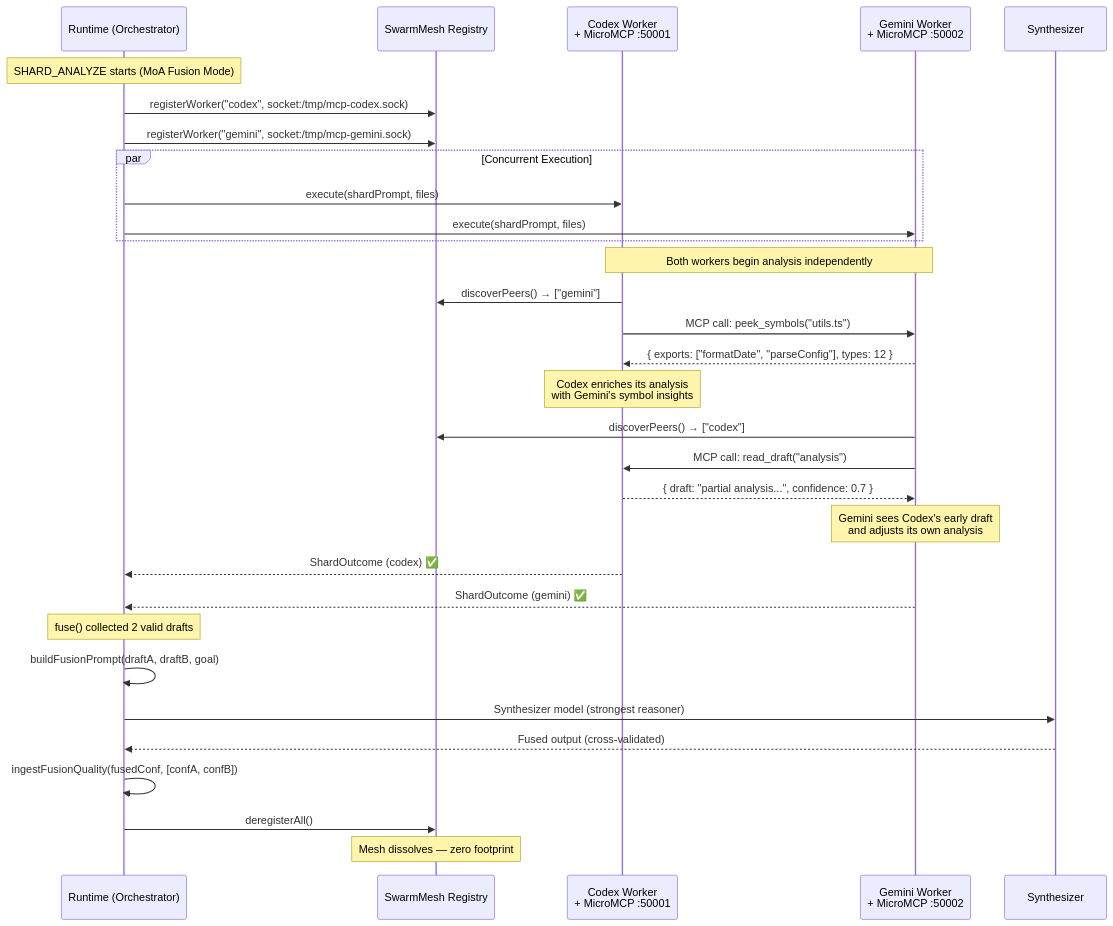
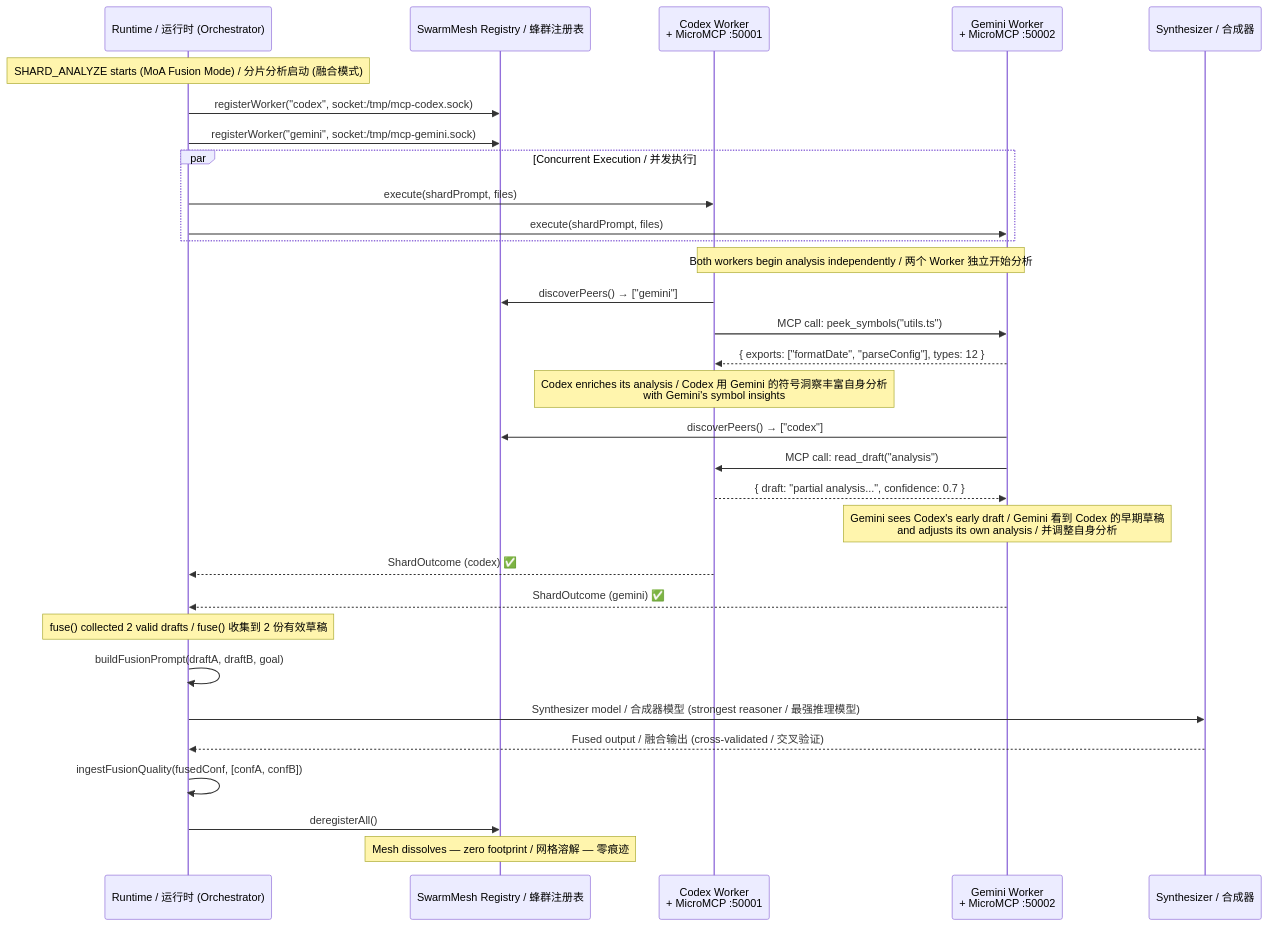
Before and after one commit to like3213934360-lab/conductor: the third of 3 diagrams in ARCHITECTURE.md, drawn with Mermaid. The commit also changed other lines of this file and 2 other files, not shown here.

Commit message:
docs: 🌏 全量中英双语改写 — README.md + ARCHITECTURE.md + taskd README.md

````diff
--- a/ARCHITECTURE.md
+++ b/ARCHITECTURE.md
@@ -223,46 +233,46 @@
 ```mermaid
 sequenceDiagram
-    participant RT as Runtime (Orchestrator)
-    participant SM as SwarmMesh Registry
+    participant RT as Runtime / 运行时 (Orchestrator)
+    participant SM as SwarmMesh Registry / 蜂群注册表
     participant W1 as Codex Worker<br/>+ MicroMCP :50001
     participant W2 as Gemini Worker<br/>+ MicroMCP :50002
-    participant FUSE as Synthesizer
+    participant FUSE as Synthesizer / 合成器
 
-    Note over RT: SHARD_ANALYZE starts (MoA Fusion Mode)
+    Note over RT: SHARD_ANALYZE starts (MoA Fusion Mode) / 分片分析启动 (融合模式)
 
     RT->>SM: registerWorker("codex", socket:/tmp/mcp-codex.sock)
     RT->>SM: registerWorker("gemini", socket:/tmp/mcp-gemini.sock)
     
-    par Concurrent Execution
+    par Concurrent Execution / 并发执行
         RT->>W1: execute(shardPrompt, files)
         RT->>W2: execute(shardPrompt, files)
     end
 
-    Note over W1,W2: Both workers begin analysis independently
+    Note over W1,W2: Both workers begin analysis independently / 两个 Worker 独立开始分析
 
     W1->>SM: discoverPeers() → ["gemini"]
     W1->>W2: MCP call: peek_symbols("utils.ts")
     W2-->>W1: { exports: ["formatDate", "parseConfig"], types: 12 }
     
-    Note over W1: Codex enriches its analysis<br/>with Gemini's symbol insights
+    Note over W1: Codex enriches its analysis / Codex 用 Gemini 的符号洞察丰富自身分析<br/>with Gemini's symbol insights
 
     W2->>SM: discoverPeers() → ["codex"]
     W2->>W1: MCP call: read_draft("analysis")
     W1-->>W2: { draft: "partial analysis...", confidence: 0.7 }
     
-    Note over W2: Gemini sees Codex's early draft<br/>and adjusts its own analysis
+    Note over W2: Gemini sees Codex's early draft / Gemini 看到 Codex 的早期草稿<br/>and adjusts its own analysis / 并调整自身分析
 
     W1-->>RT: ShardOutcome (codex) ✅
     W2-->>RT: ShardOutcome (gemini) ✅
 
-    Note over RT: fuse() collected 2 valid drafts
+    Note over RT: fuse() collected 2 valid drafts / fuse() 收集到 2 份有效草稿
 
     RT->>RT: buildFusionPrompt(draftA, draftB, goal)
-    RT->>FUSE: Synthesizer model (strongest reasoner)
-    FUSE-->>RT: Fused output (cross-validated)
+    RT->>FUSE: Synthesizer model / 合成器模型 (strongest reasoner / 最强推理模型)
+    FUSE-->>RT: Fused output / 融合输出 (cross-validated / 交叉验证)
 
     RT->>RT: ingestFusionQuality(fusedConf, [confA, confB])
     
     RT->>SM: deregisterAll()
-    Note over SM: Mesh dissolves — zero footprint
+    Note over SM: Mesh dissolves — zero footprint / 网格溶解 — 零痕迹
 ```
````
